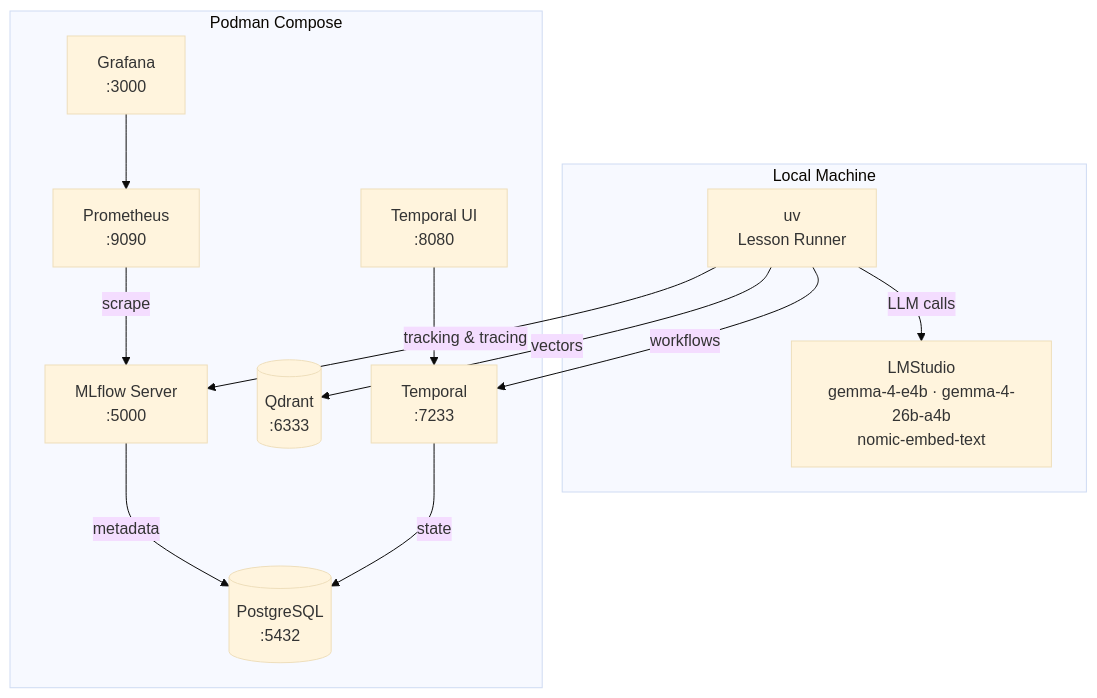
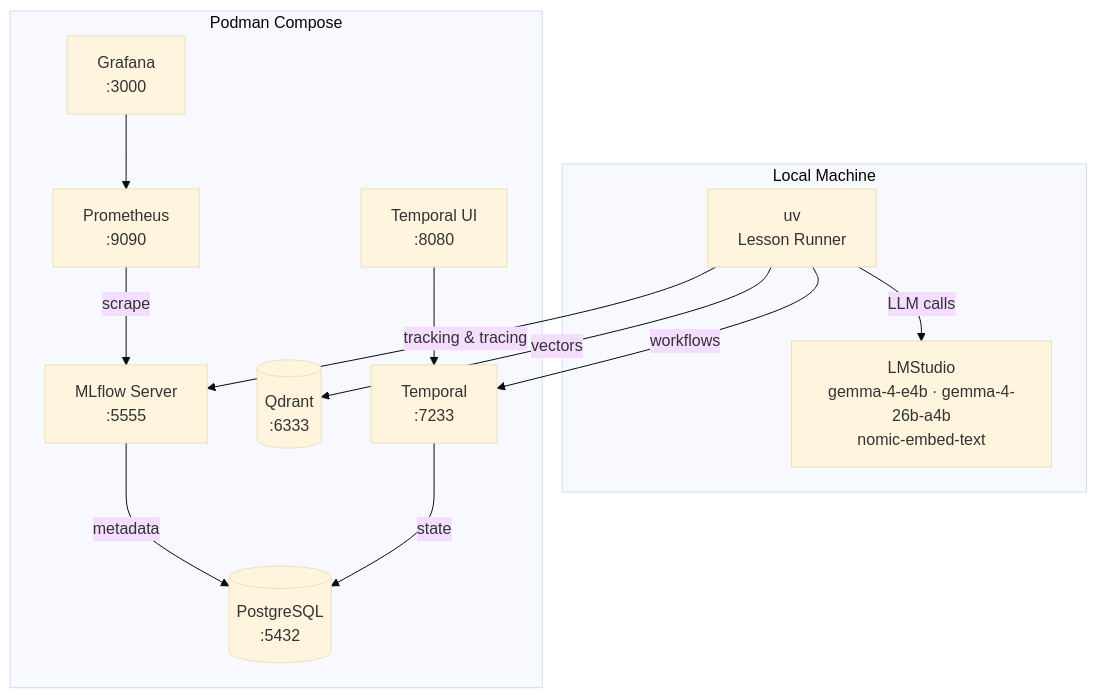
The diagram in README.md (lukaskellerstein/mlflow-tutorial), drawn with Mermaid (base theme) before and after one commit. The commit also changed other lines of this file and 147 other files, not shown here.

````diff
--- a/README.md
+++ b/README.md
@@ -23,27 +23,27 @@
 ```mermaid
 graph TD
     subgraph Local Machine
         LMS[LMStudio<br/>gemma-4-e4b · gemma-4-26b-a4b<br/>nomic-embed-text]
         UV[uv<br/>Lesson Runner]
     end
 
     subgraph Podman Compose
-        ML[MLflow Server<br/>:5000]
+        ML[MLflow Server<br/>:5555]
         PG[(PostgreSQL<br/>:5432)]
         QD[(Qdrant<br/>:6333)]
         TMP[Temporal<br/>:7233]
         TUI[Temporal UI<br/>:8080]
         GF[Grafana<br/>:3000]
         PR[Prometheus<br/>:9090]
     end
 
     UV -->|tracking & tracing| ML
     UV -->|LLM calls| LMS
     UV -->|vectors| QD
     UV -->|workflows| TMP
     ML -->|metadata| PG
     TMP -->|state| PG
     TUI --> TMP
     GF --> PR
     PR -->|scrape| ML
 ```
````
